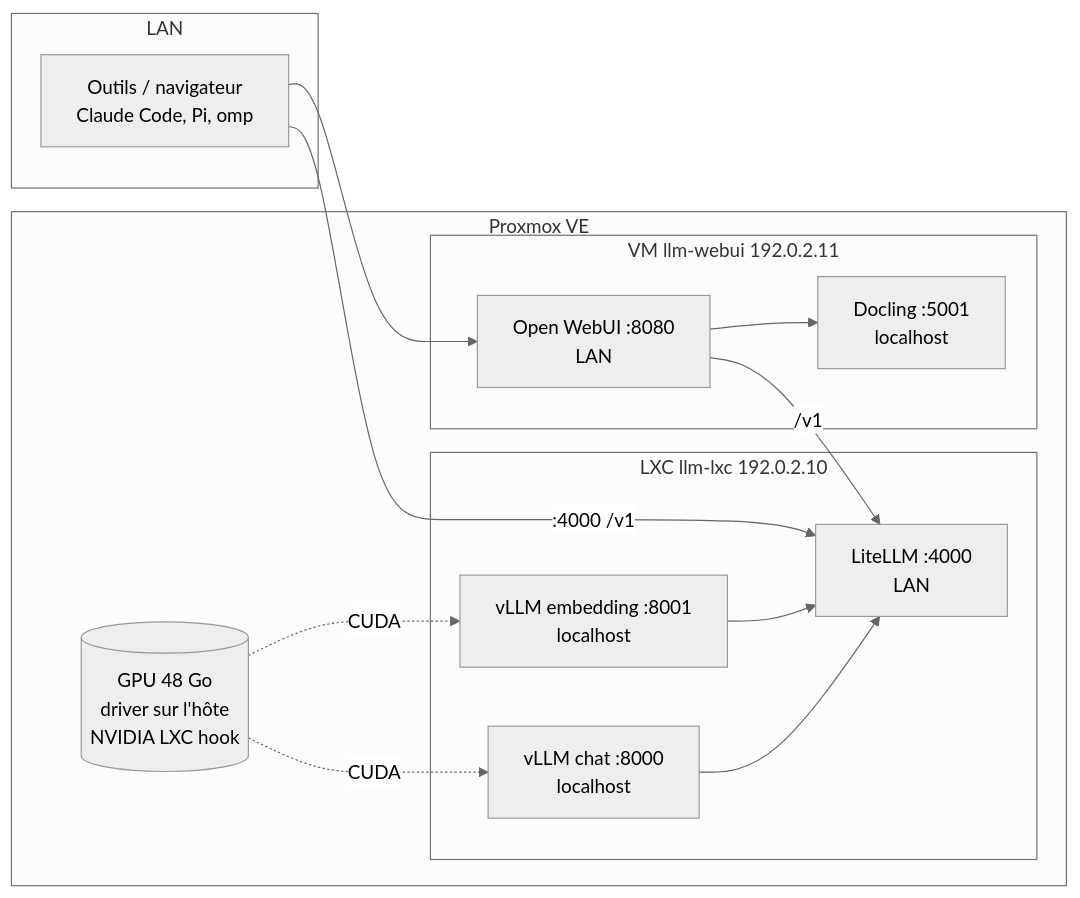
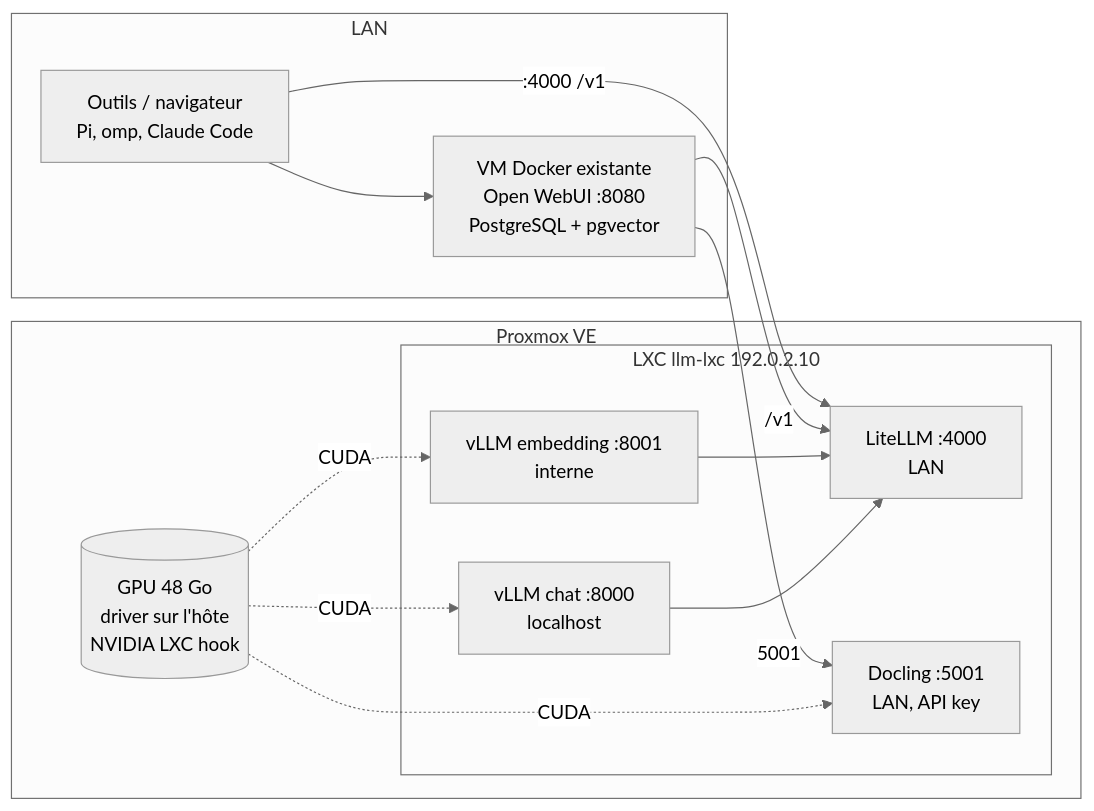
One commit to MrCaptainDartz/llm-inference-vm changed the diagram in README.md. Above: the diagram before and after it, drawn with Mermaid (neutral theme). The commit also changed other lines of this file and 50 other files, not shown here.

First line of the commit message:
refactor: move inference stack into LXC, deliver Open WebUI compose

````diff
--- a/README.md
+++ b/README.md
@@ -18,26 +18,25 @@
 ```mermaid
 flowchart LR
     subgraph LAN
-        T[Outils / navigateur<br/>Claude Code, Pi, omp]
+        U[VM Docker existante<br/>Open WebUI :8080<br/>PostgreSQL + pgvector]
+        T[Outils / navigateur<br/>Pi, omp, Claude Code]
     end
     subgraph PVE[Proxmox VE]
         subgraph LXC[LXC llm-lxc 192.0.2.10]
             V[vLLM chat :8000<br/>localhost]
-            E[vLLM embedding :8001<br/>localhost]
+            E[vLLM embedding :8001<br/>interne]
             L[LiteLLM :4000<br/>LAN]
+            D[Docling :5001<br/>LAN, API key]
             V --> L
             E --> L
-        end
-        subgraph VM[VM llm-webui 192.0.2.11]
-            O[Open WebUI :8080<br/>LAN]
-            D[Docling :5001<br/>localhost]
-            O --> D
         end
         G[(GPU 48 Go<br/>driver sur l'hôte<br/>NVIDIA LXC hook)]
         G -. CUDA .-> V
         G -. CUDA .-> E
-        O -->|/v1| L
+        G -. CUDA .-> D
     end
-    T --> O
+    U -->|/v1| L
+    U -->|5001| D
+    T --> U
     T -->|:4000 /v1| L
 ```
````
